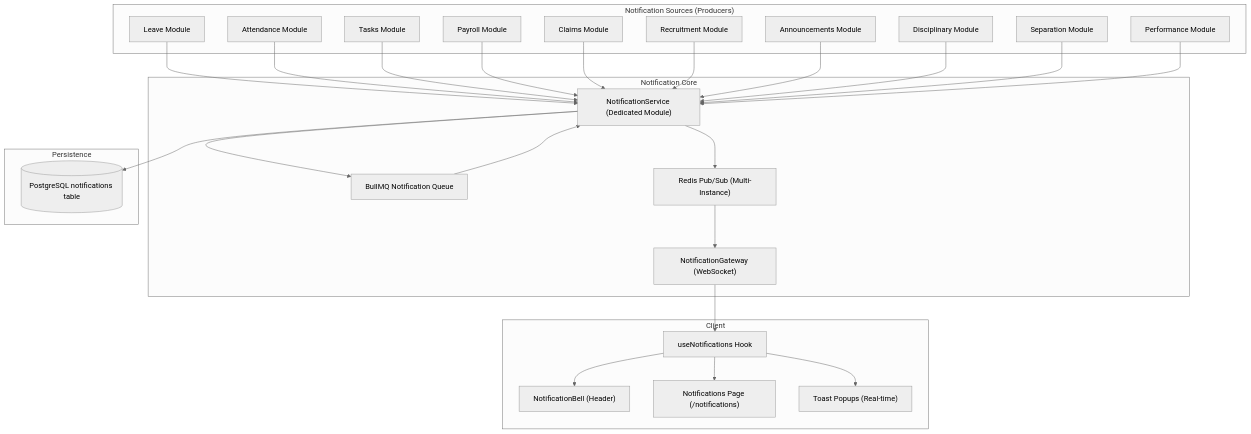
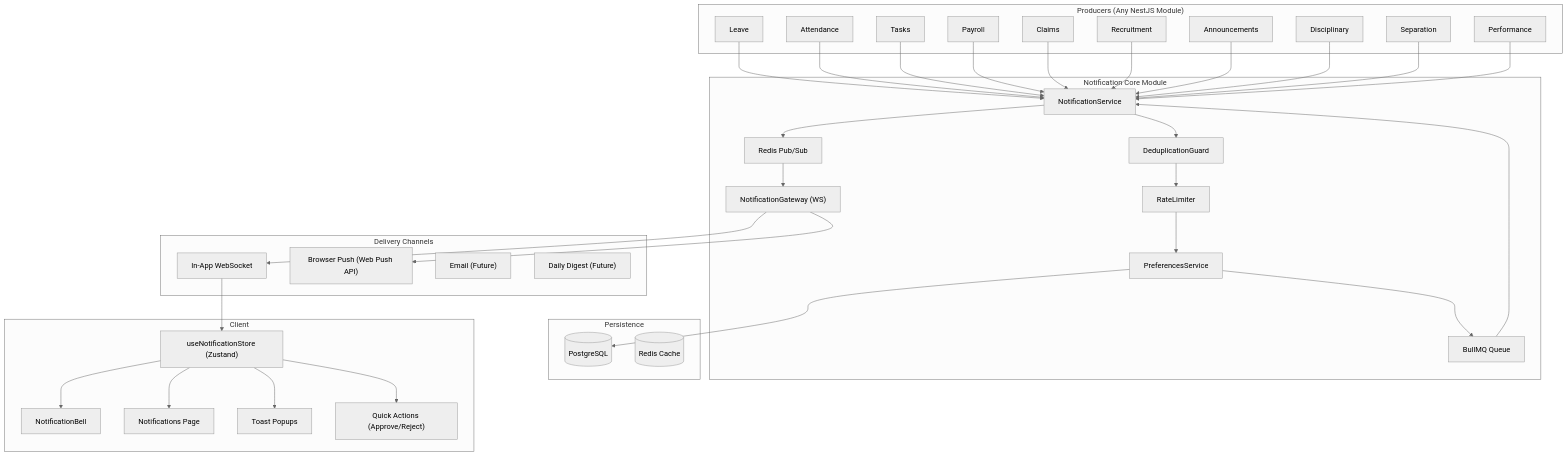
Before and after one commit to abdullah201240/hr: the diagram in notifications-system-plan.md, drawn with Mermaid (neutral theme). The commit also changed other lines of this file and 8 other files, not shown here.

````diff
--- a/notifications-system-plan.md
+++ b/notifications-system-plan.md
@@ -18,53 +26,71 @@
 ```mermaid
 graph TB
-    subgraph "Notification Sources (Producers)"
-        A[Leave Module]
-        B[Attendance Module]
-        C[Tasks Module]
-        D[Payroll Module]
-        E[Claims Module]
-        F[Recruitment Module]
-        G[Announcements Module]
-        H[Disciplinary Module]
-        I[Separation Module]
-        J[Performance Module]
+    subgraph "Producers (Any NestJS Module)"
+        A[Leave]
+        B[Attendance]
+        C[Tasks]
+        D[Payroll]
+        E[Claims]
+        F[Recruitment]
+        G[Announcements]
+        H[Disciplinary]
+        I[Separation]
+        J[Performance]
     end
 
-    subgraph "Notification Core"
-        K["NotificationService (Dedicated Module)"]
-        L["NotificationGateway (WebSocket)"]
-        M["BullMQ Notification Queue"]
-        N["Redis Pub/Sub (Multi-Instance)"]
+    subgraph "Notification Core Module"
+        K["NotificationService"]
+        L["NotificationGateway (WS)"]
+        M["BullMQ Queue"]
+        N["Redis Pub/Sub"]
+        P["PreferencesService"]
+        Q["DeduplicationGuard"]
+        R["RateLimiter"]
     end
 
     subgraph "Persistence"
-        O[(PostgreSQL notifications table)]
+        S[(PostgreSQL)]
+        T[(Redis Cache)]
+    end
+
+    subgraph "Delivery Channels"
+        U["In-App WebSocket"]
+        V["Browser Push (Web Push API)"]
+        W["Email (Future)"]
+        X["Daily Digest (Future)"]
     end
 
     subgraph "Client"
-        P["useNotifications Hook"]
-        Q["NotificationBell (Header)"]
-        R["Notifications Page (/notifications)"]
-        S["Toast Popups (Real-time)"]
+        Y["useNotificationStore (Zustand)"]
+        Z["NotificationBell"]
+        AA["Notifications Page"]
+        AB["Toast Popups"]
+        AC["Quick Actions (Approve/Reject)"]
     end
 
     A --> K
     B --> K
     C --> K
     D --> K
     E --> K
     F --> K
     G --> K
     H --> K
     I --> K
     J --> K
-    K --> O
-    K --> M
+    K --> Q
+    Q --> R
+    R --> P
+    P --> S
+    P --> M
     M --> K
     K --> N
     N --> L
-    L --> P
-    P --> Q
-    P --> R
-    P --> S
+    L --> U
+    L --> V
+    U --> Y
+    Y --> Z
+    Y --> AA
+    Y --> AB
+    Y --> AC
 ```
````
